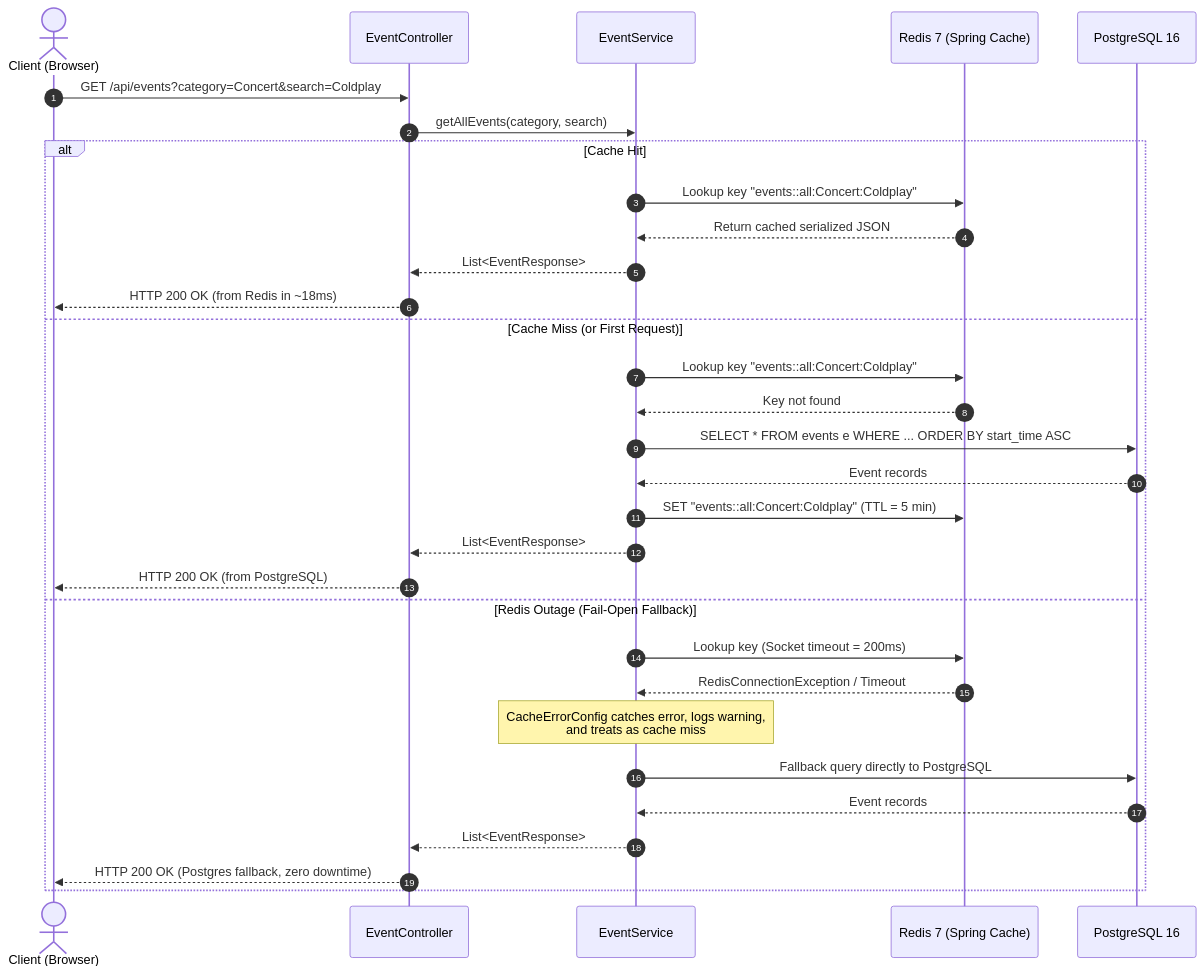
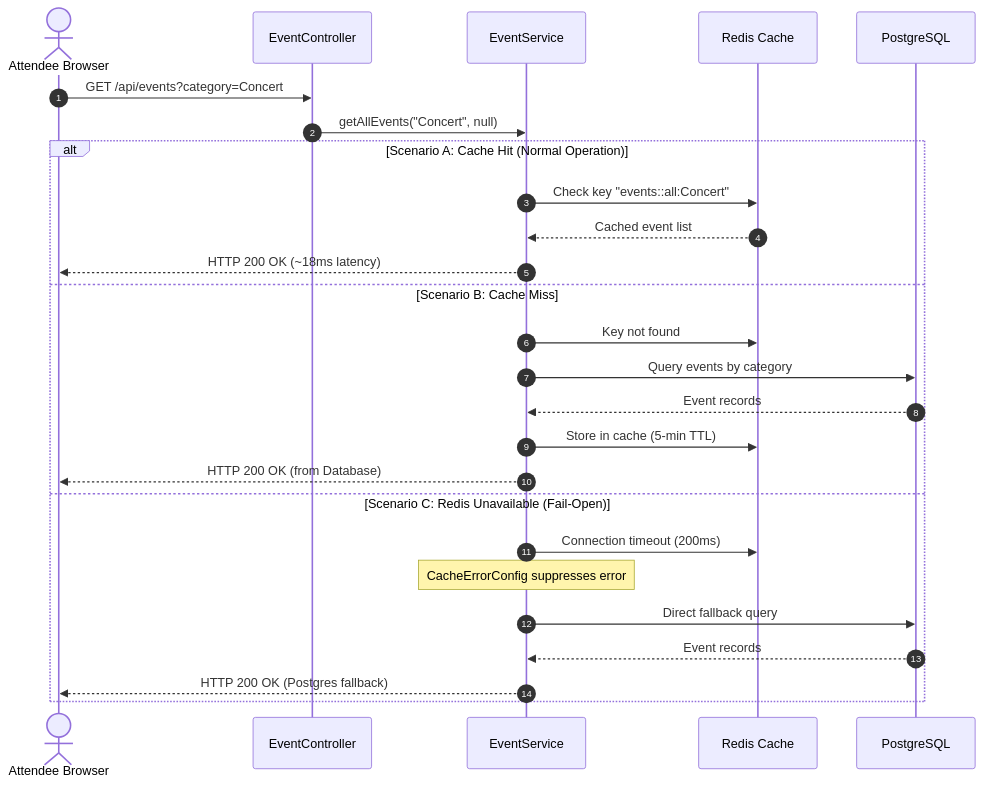
One commit to asyncsourav/quicktix changed the first of 3 diagrams in architecture/master-workflow.md. Above: the diagram before and after it, drawn with Mermaid. The commit also changed other lines of this file, not shown here.

````diff
--- a/architecture/master-workflow.md
+++ b/architecture/master-workflow.md
@@ -54,35 +52,30 @@
 ```mermaid
 sequenceDiagram
     autonumber
-    actor User as Client (Browser)
-    participant Ctrl as EventController
+    actor Client as Attendee Browser
+    participant API as EventController
     participant Svc as EventService
-    participant Cache as Redis 7 (Spring Cache)
-    participant DB as PostgreSQL 16
+    participant Redis as Redis Cache
+    participant DB as PostgreSQL
 
-    User->>Ctrl: GET /api/events?category=Concert&search=Coldplay
-    Ctrl->>Svc: getAllEvents(category, search)
-    
-    alt Cache Hit
-        Svc->>Cache: Lookup key "events::all:Concert:Coldplay"
-        Cache-->>Svc: Return cached serialized JSON
-        Svc-->>Ctrl: List<EventResponse>
-        Ctrl-->>User: HTTP 200 OK (from Redis in ~18ms)
-    else Cache Miss (or First Request)
-        Svc->>Cache: Lookup key "events::all:Concert:Coldplay"
-        Cache-->>Svc: Key not found
-        Svc->>DB: SELECT * FROM events e WHERE ... ORDER BY start_time ASC
+    Client->>API: GET /api/events?category=Concert
+    API->>Svc: getAllEvents("Concert", null)
+
+    alt Scenario A: Cache Hit (Normal Operation)
+        Svc->>Redis: Check key "events::all:Concert"
+        Redis-->>Svc: Cached event list
+        Svc-->>Client: HTTP 200 OK (~18ms latency)
+    else Scenario B: Cache Miss
+        Svc->>Redis: Key not found
+        Svc->>DB: Query events by category
         DB-->>Svc: Event records
-        Svc->>Cache: SET "events::all:Concert:Coldplay" (TTL = 5 min)
-        Svc-->>Ctrl: List<EventResponse>
-        Ctrl-->>User: HTTP 200 OK (from PostgreSQL)
-    else Redis Outage (Fail-Open Fallback)
-        Svc->>Cache: Lookup key (Socket timeout = 200ms)
-        Cache-->>Svc: RedisConnectionException / Timeout
-        Note over Svc: CacheErrorConfig catches error, logs warning,<br/>and treats as cache miss
-        Svc->>DB: Fallback query directly to PostgreSQL
+        Svc->>Redis: Store in cache (5-min TTL)
+        Svc-->>Client: HTTP 200 OK (from Database)
+    else Scenario C: Redis Unavailable (Fail-Open)
+        Svc->>Redis: Connection timeout (200ms)
+        Note over Svc: CacheErrorConfig suppresses error
+        Svc->>DB: Direct fallback query
         DB-->>Svc: Event records
-        Svc-->>Ctrl: List<EventResponse>
-        Ctrl-->>User: HTTP 200 OK (Postgres fallback, zero downtime)
+        Svc-->>Client: HTTP 200 OK (Postgres fallback)
     end
 ```
````
